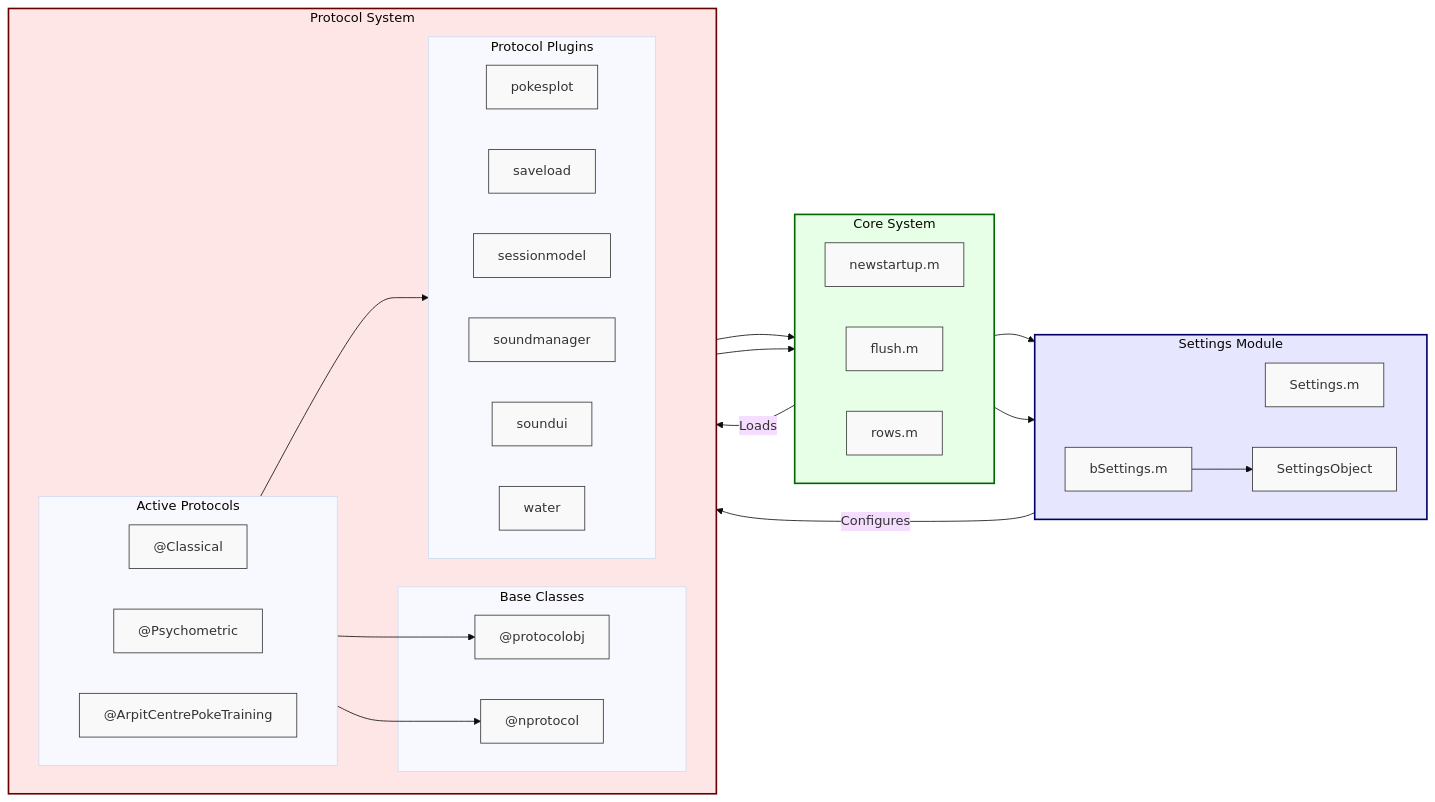
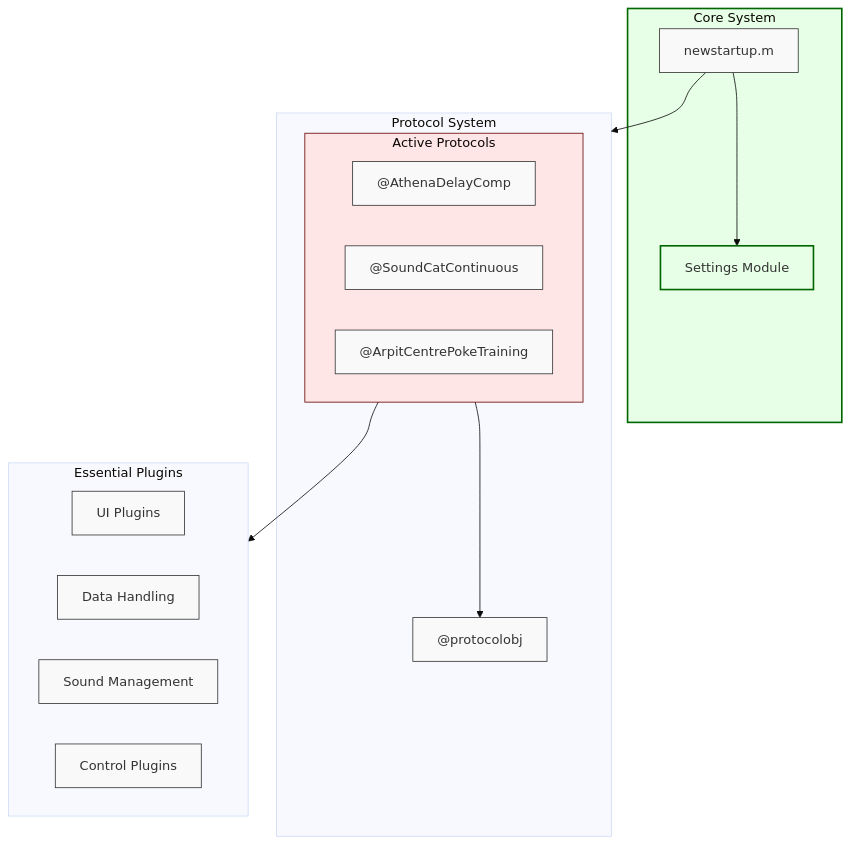
Before and after one commit to LIMLabSWC/ratter: the first of 4 diagrams in docs/architecture/system-architecture.md, drawn with Mermaid (base theme). The commit also changed other lines of this file, not shown here.

Commit message:
update architecture graphs

````diff
--- a/docs/architecture/system-architecture.md
+++ b/docs/architecture/system-architecture.md
@@ -9,68 +7,40 @@
 ```mermaid
-graph LR
-    %% Core System Components
+graph TB
+    %% Core Components
     subgraph Core ["Core System"]
-        direction LR
         NS["newstartup.m"]
-        F["flush.m"]
-        R["rows.m"]
-    end
-
-    subgraph Settings ["Settings Module"]
-        direction LR
-        SM["Settings.m"]
-        BS["bSettings.m"]
-        SC["SettingsObject"]
+        Settings["Settings Module"]
     end
 
     subgraph Protocols ["Protocol System"]
-        direction LR
-        subgraph Base ["Base Classes"]
-            PO["@protocolobj"]
-            NP["@nprotocol"]
-        end
+        Base["@protocolobj"]
         
         subgraph Active ["Active Protocols"]
-            direction LR
-            CL["@Classical"]
-            PS["@Psychometric"]
+            AD["@AthenaDelayComp"]
+            SC["@SoundCatContinuous"]
             AC["@ArpitCentrePokeTraining"]
-        end
-        
-        subgraph Plugins ["Protocol Plugins"]
-            direction LR
-            PP["pokesplot"]
-            SL["saveload"]
-            SM2["sessionmodel"]
-            SW["soundmanager"]
-            SU["soundui"]
-            WA["water"]
         end
     end
 
-    %% Relationships
-    NS --> SM
-    NS --> BS
-    BS --> SC
+    %% Essential Plugin Groups
+    subgraph Essential ["Essential Plugins"]
+        UI["UI Plugins"]
+        Data["Data Handling"]
+        Sound["Sound Management"]
+        Control["Control Plugins"]
+    end
+
+    %% Key Relationships
+    NS --> Settings
+    NS --> Protocols
+    Active --> Base
+    Active --> Essential
     
-    %% Protocol relationships
-    Active --> PO
-    Active --> NP
-    Active --> Plugins
-    Active --> F
-    Active --> R
-
-    %% Module relationships
-    NS --> |"Loads"| Protocols
-    SM --> |"Configures"| Protocols
-
     %% Style
-    classDef default fill:#f9f9f9,stroke:#333,stroke-width:1px;
-    classDef core fill:#e6ffe6,stroke:#060,stroke-width:2px;
-    classDef settings fill:#e6e6ff,stroke:#006,stroke-width:2px;
-    classDef protocols fill:#ffe6e6,stroke:#600,stroke-width:2px;
+    classDef default fill:#f9f9f9,stroke:#333,stroke-width:1px
+    classDef core fill:#e6ffe6,stroke:#060,stroke-width:2px
+    classDef active fill:#ffe6e6,stroke:#600,stroke-width:1px
     
-    class Core core;
-    class Settings settings;
-    class Protocols protocols;
+    class Core,Settings core
+    class Active active
 ```
````
